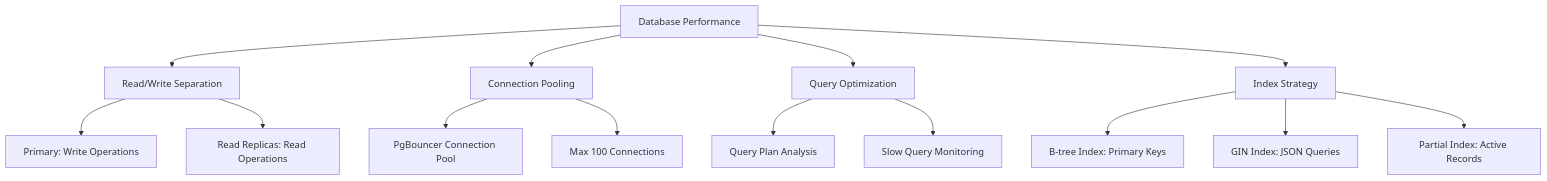
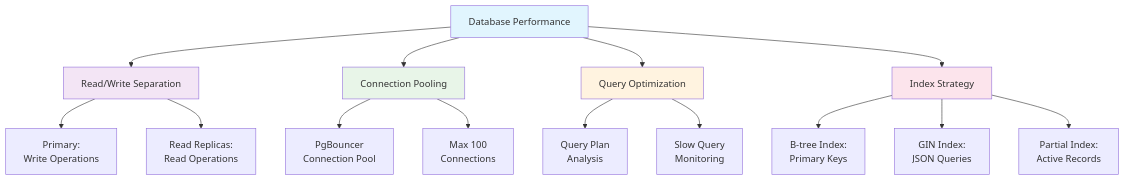
The eighth of 26 diagrams in docs/030000_設計/038000_非機能設計/038010_非機能設計.md (daichiTAAA/AgentOpsPlatform), drawn with Mermaid before and after one commit. The commit also changed other lines of this file and 2 other files, not shown here.

Commit message:
設計書を作成した

````diff
--- a/docs/030000_設計/038000_非機能設計/038010_非機能設計.md
+++ b/docs/030000_設計/038000_非機能設計/038010_非機能設計.md
@@ -159,20 +167,26 @@
 ```mermaid
 graph TD
     A[Database Performance] --> B[Read/Write Separation]
     A --> C[Connection Pooling]
     A --> D[Query Optimization]
     A --> E[Index Strategy]
     
-    B --> B1[Primary: Write Operations]
-    B --> B2[Read Replicas: Read Operations]
+    B --> B1[Primary:<br/>Write Operations]
+    B --> B2[Read Replicas:<br/>Read Operations]
     
-    C --> C1[PgBouncer Connection Pool]
-    C --> C2[Max 100 Connections]
+    C --> C1[PgBouncer<br/>Connection Pool]
+    C --> C2[Max 100<br/>Connections]
     
-    D --> D1[Query Plan Analysis]
-    D --> D2[Slow Query Monitoring]
+    D --> D1[Query Plan<br/>Analysis]
+    D --> D2[Slow Query<br/>Monitoring]
     
-    E --> E1[B-tree Index: Primary Keys]
-    E --> E2[GIN Index: JSON Queries]
-    E --> E3[Partial Index: Active Records]
+    E --> E1[B-tree Index:<br/>Primary Keys]
+    E --> E2[GIN Index:<br/>JSON Queries]
+    E --> E3[Partial Index:<br/>Active Records]
+    
+    style A fill:#e1f5fe
+    style B fill:#f3e5f5
+    style C fill:#e8f5e8
+    style D fill:#fff3e0
+    style E fill:#fce4ec
 ```
````
